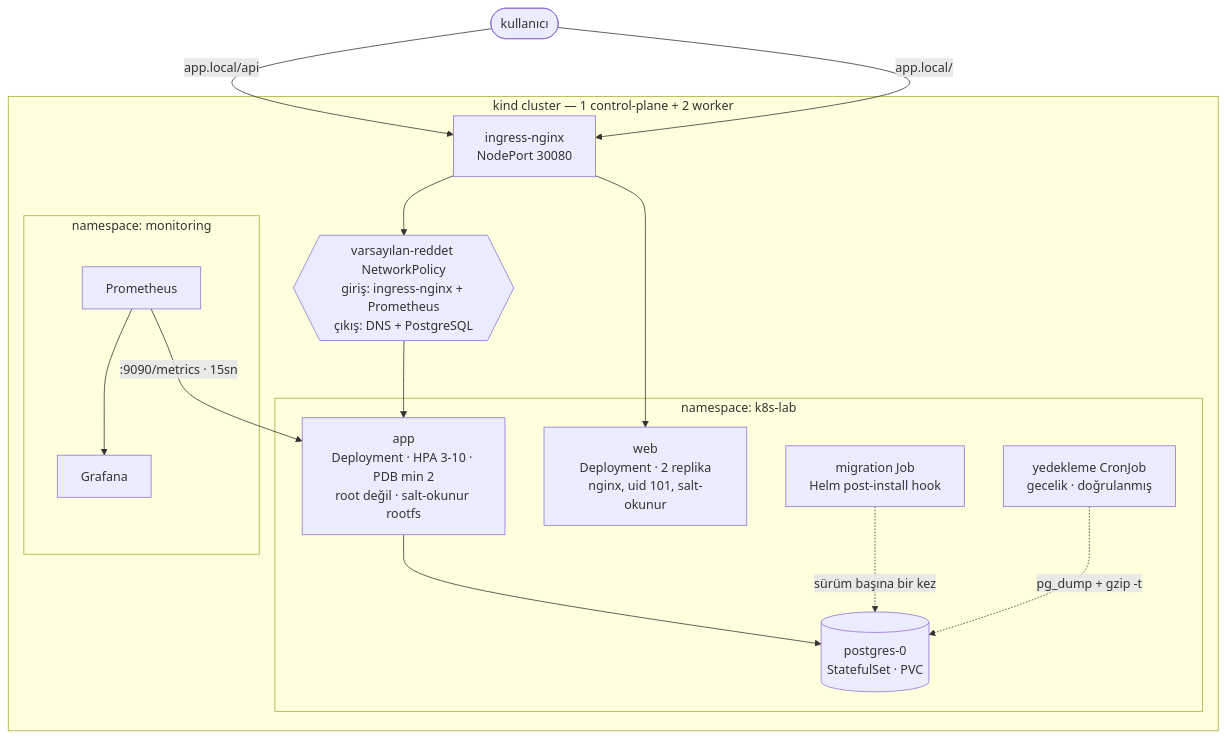
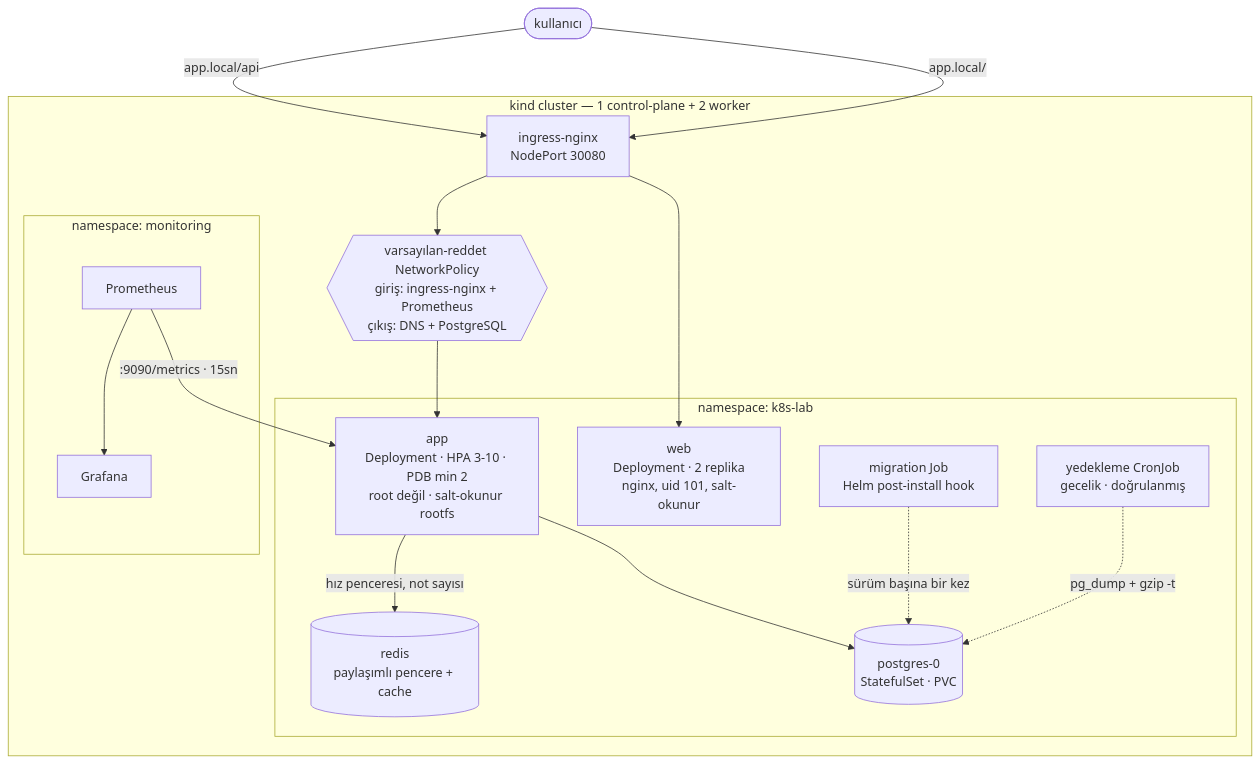
The diagram in README.tr.md (alpacino-0/k8s-lab), drawn with Mermaid before and after one commit. The commit also changed other lines of this file and 17 other files, not shown here.

First line of the commit message:
feat: shared rate-limit window and a read cache, backed by Redis

````diff
--- a/README.tr.md
+++ b/README.tr.md
@@ -26,31 +26,33 @@
 ```mermaid
 flowchart TB
     U([kullanıcı])
 
     subgraph CL["kind cluster — 1 control-plane + 2 worker"]
         ING["ingress-nginx<br/>NodePort 30080"]
 
         subgraph NS["namespace: k8s-lab"]
             WEB["web<br/>Deployment · 2 replika<br/>nginx, uid 101, salt-okunur"]
+            RD[("redis<br/>paylaşımlı pencere + cache")]
             APP["app<br/>Deployment · HPA 3-10 · PDB min 2<br/>root değil · salt-okunur rootfs"]
             PG[("postgres-0<br/>StatefulSet · PVC")]
             MIG["migration Job<br/>Helm post-install hook"]
             BK["yedekleme CronJob<br/>gecelik · doğrulanmış"]
         end
 
         subgraph MON["namespace: monitoring"]
             PROM["Prometheus"]
             GRAF["Grafana"]
         end
 
         NP{{"varsayılan-reddet NetworkPolicy<br/>giriş: ingress-nginx + Prometheus<br/>çıkış: DNS + PostgreSQL"}}
     end
 
     U -->|"app.local/"| ING --> WEB
     U -->|"app.local/api"| ING --> NP --> APP
     APP --> PG
+    APP -->|"hız penceresi, not sayısı"| RD
     MIG -.->|sürüm başına bir kez| PG
     BK -.->|pg_dump + gzip -t| PG
     PROM -->|":9090/metrics · 15sn"| APP
     PROM --> GRAF
 ```
````
